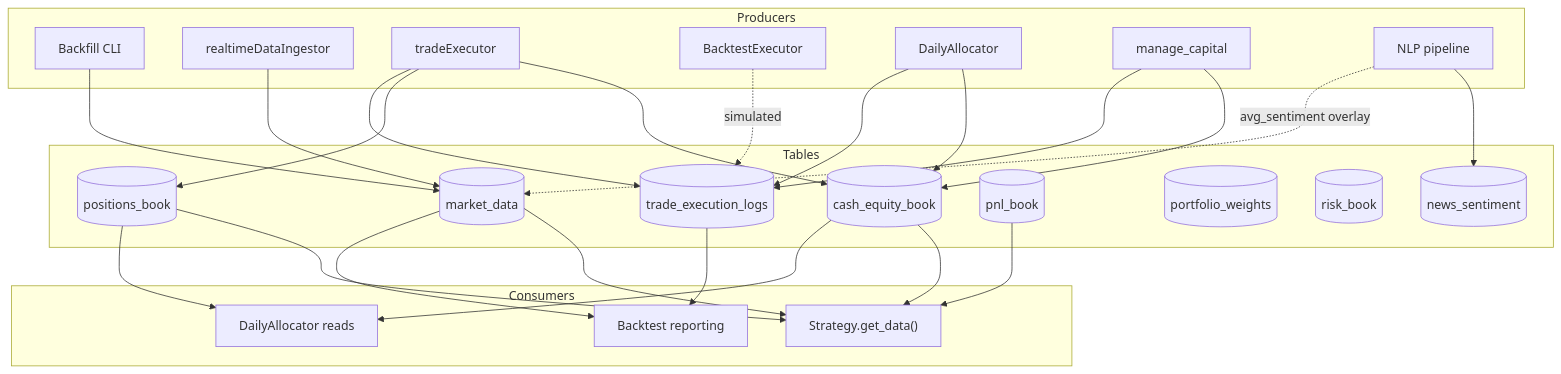
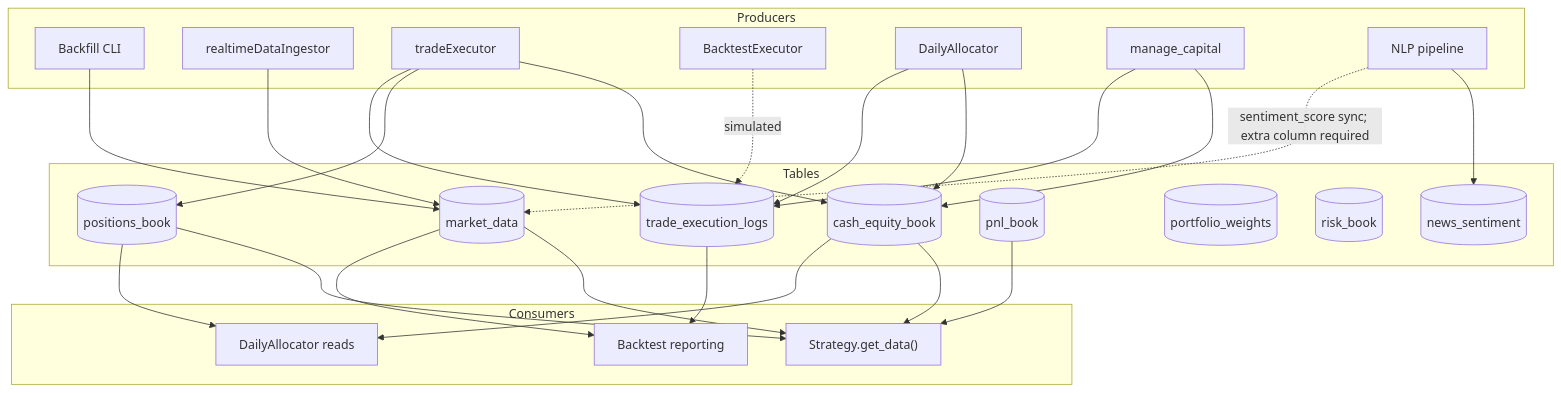
One commit to MUNQuantSociety/MQSMaster changed the second of 4 diagrams in docs/workflows/database-schema.md. Above: the diagram before and after it, drawn with Mermaid. The commit also changed other lines of this file and 19 other files, not shown here.

````diff
--- a/docs/workflows/database-schema.md
+++ b/docs/workflows/database-schema.md
@@ -126,55 +126,55 @@
 ```mermaid
 flowchart TD
     subgraph Producers["Producers"]
         BF["Backfill CLI"]
         RTI["realtimeDataIngestor"]
         LIVE["tradeExecutor"]
         BTEXEC["BacktestExecutor"]
         ALLOC["DailyAllocator"]
         CAP["manage_capital"]
         NLP["NLP pipeline"]
     end
 
     subgraph Tables["Tables"]
         MD[(market_data)]
         CASH[(cash_equity_book)]
         POS[(positions_book)]
         TLOG[(trade_execution_logs)]
         PNL[(pnl_book)]
         WTS[(portfolio_weights)]
         RISK[(risk_book)]
         NS[(news_sentiment)]
     end
 
     subgraph Consumers["Consumers"]
         STRAT["Strategy.get_data()"]
         REPORT["Backtest reporting"]
         ALLOCR["DailyAllocator reads"]
     end
 
     BF --> MD
     RTI --> MD
     NLP --> NS
-    NLP -.->|"avg_sentiment overlay"| MD
+    NLP -.->|"sentiment_score sync; extra column required"| MD
 
     LIVE --> CASH
     LIVE --> POS
     LIVE --> TLOG
     BTEXEC -. simulated .-> TLOG
 
     ALLOC --> CASH
     ALLOC --> TLOG
     CAP --> CASH
     CAP --> TLOG
 
     MD --> STRAT
     CASH --> STRAT
     POS --> STRAT
     PNL --> STRAT
 
     MD --> REPORT
     TLOG --> REPORT
 
     CASH --> ALLOCR
     POS --> ALLOCR
 ```
````
